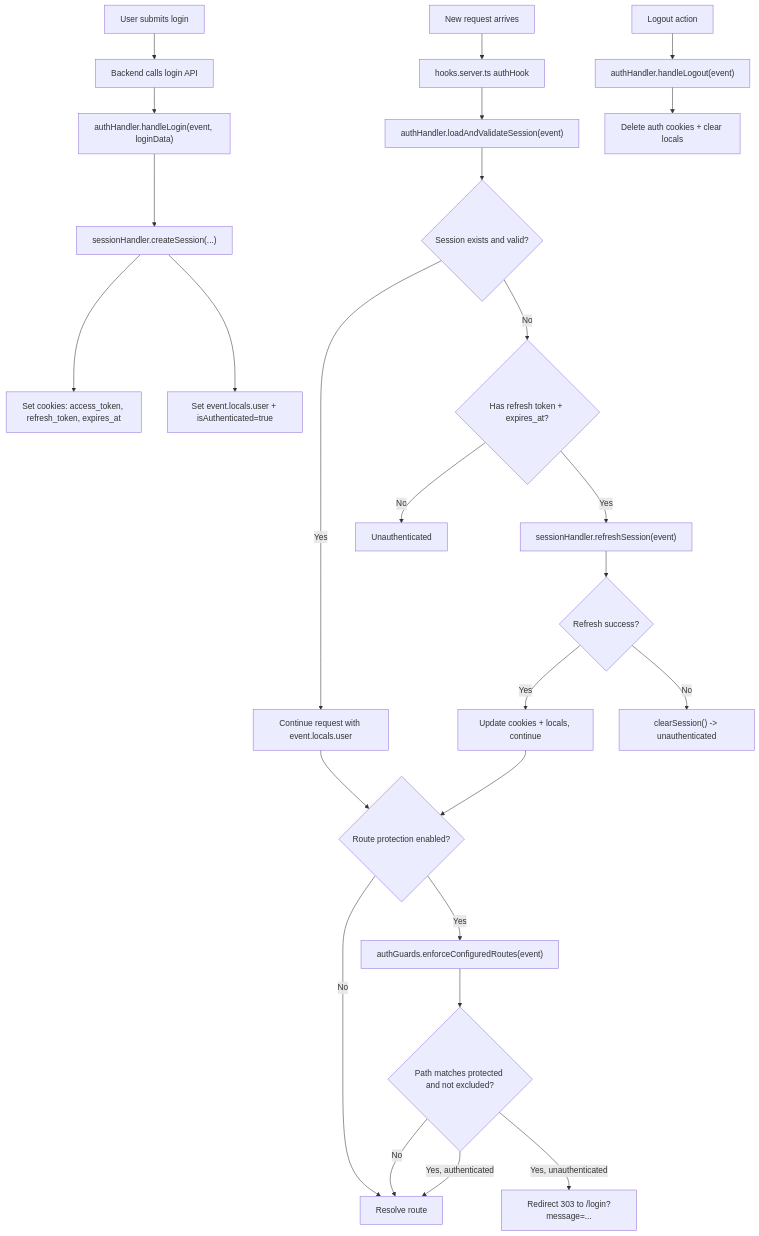
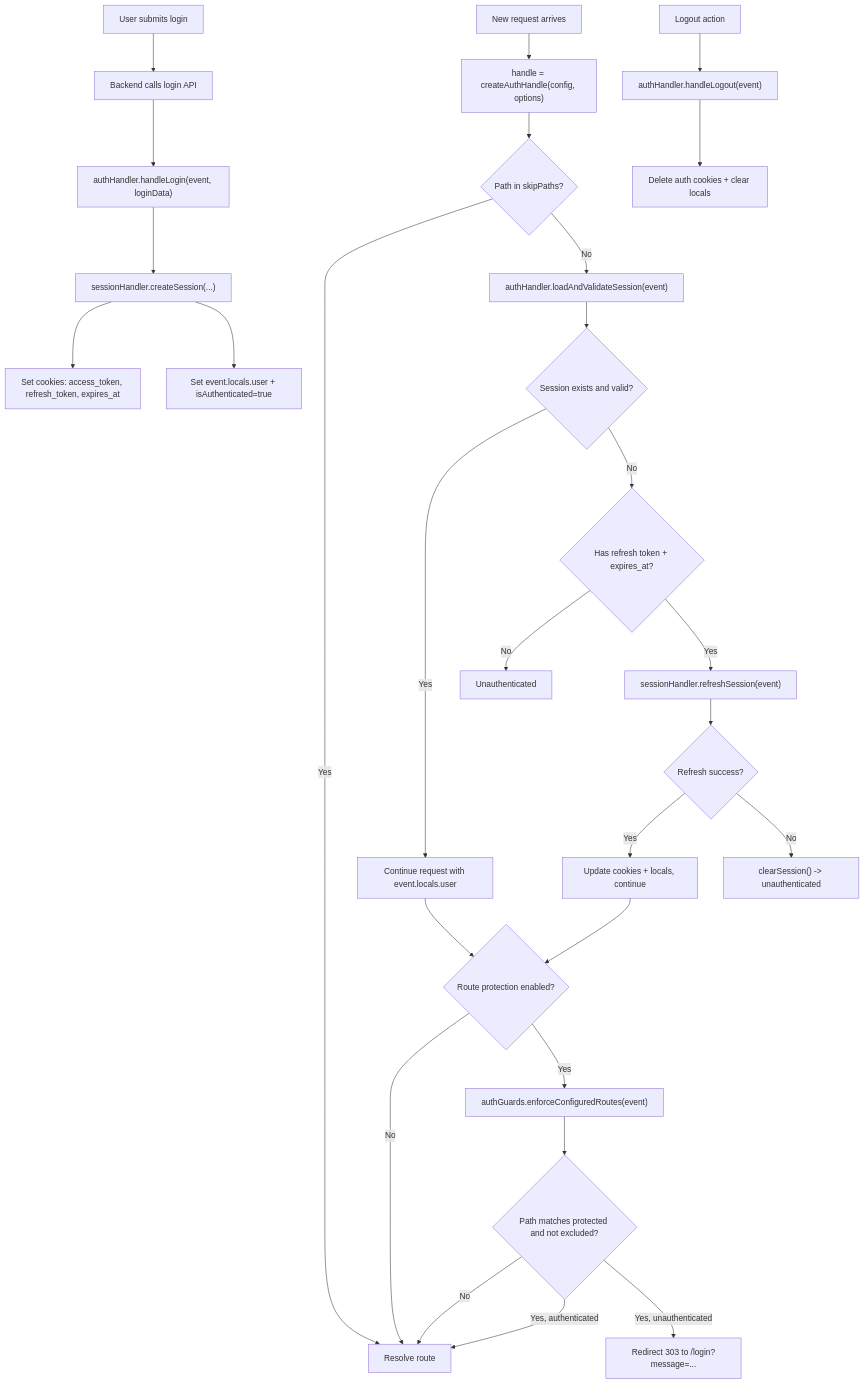
One commit to fujianto/diva-sv-starter changed the diagram in src/lib/diva-auth/docs/flow.mmd. Above: the diagram before and after it, drawn with Mermaid. The commit also changed 17 other files, not shown here.

```diff
--- a/src/lib/diva-auth/docs/flow.mmd
+++ b/src/lib/diva-auth/docs/flow.mmd
@@ -1,29 +1,31 @@
 flowchart TD
   A["User submits login"] --> B["Backend calls login API"]
   B --> C["authHandler.handleLogin(event, loginData)"]
   C --> D["sessionHandler.createSession(...)"]
   D --> E["Set cookies: access_token, refresh_token, expires_at"]
   D --> F["Set event.locals.user + isAuthenticated=true"]
 
-  G["New request arrives"] --> H["hooks.server.ts authHook"]
-  H --> I["authHandler.loadAndValidateSession(event)"]
+  G["New request arrives"] --> H["handle = createAuthHandle(config, options)"]
+  H --> H1{"Path in skipPaths?"}
+  H1 -->|Yes| S["Resolve route"]
+  H1 -->|No| I["authHandler.loadAndValidateSession(event)"]
   I --> J{"Session exists and valid?"}
   J -->|Yes| K["Continue request with event.locals.user"]
   J -->|No| L{"Has refresh token + expires_at?"}
   L -->|No| M["Unauthenticated"]
   L -->|Yes| N["sessionHandler.refreshSession(event)"]
   N --> O{"Refresh success?"}
   O -->|Yes| P["Update cookies + locals, continue"]
   O -->|No| Q["clearSession() -> unauthenticated"]
 
   K --> R{"Route protection enabled?"}
   P --> R
-  R -->|No| S["Resolve route"]
+  R -->|No| S
   R -->|Yes| T["authGuards.enforceConfiguredRoutes(event)"]
   T --> U{"Path matches protected and not excluded?"}
   U -->|No| S
   U -->|Yes, authenticated| S
   U -->|Yes, unauthenticated| V["Redirect 303 to /login?message=..."]
 
   W["Logout action"] --> X["authHandler.handleLogout(event)"]
   X --> Y["Delete auth cookies + clear locals"]
```
